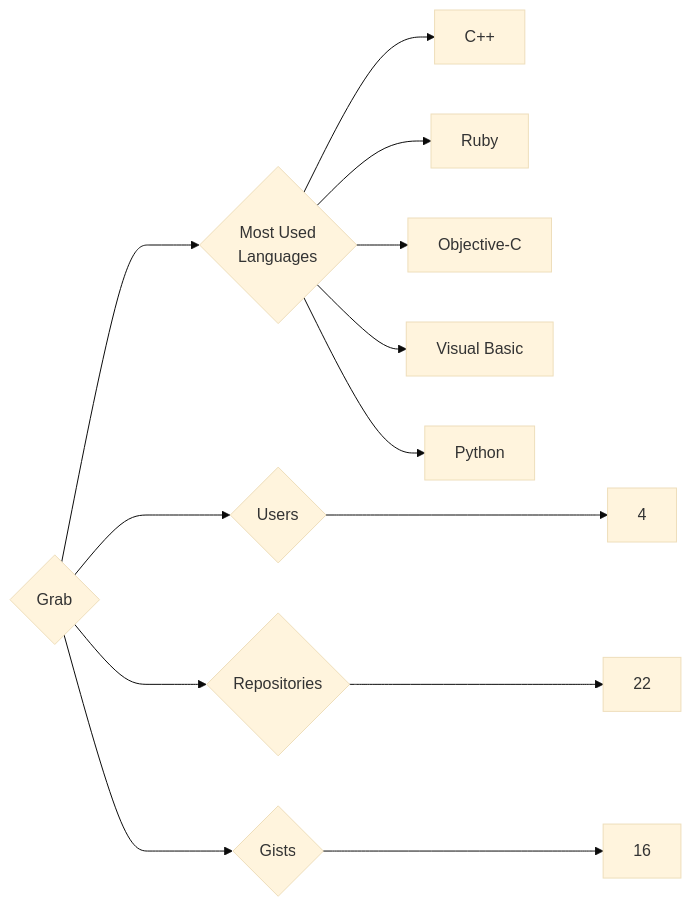
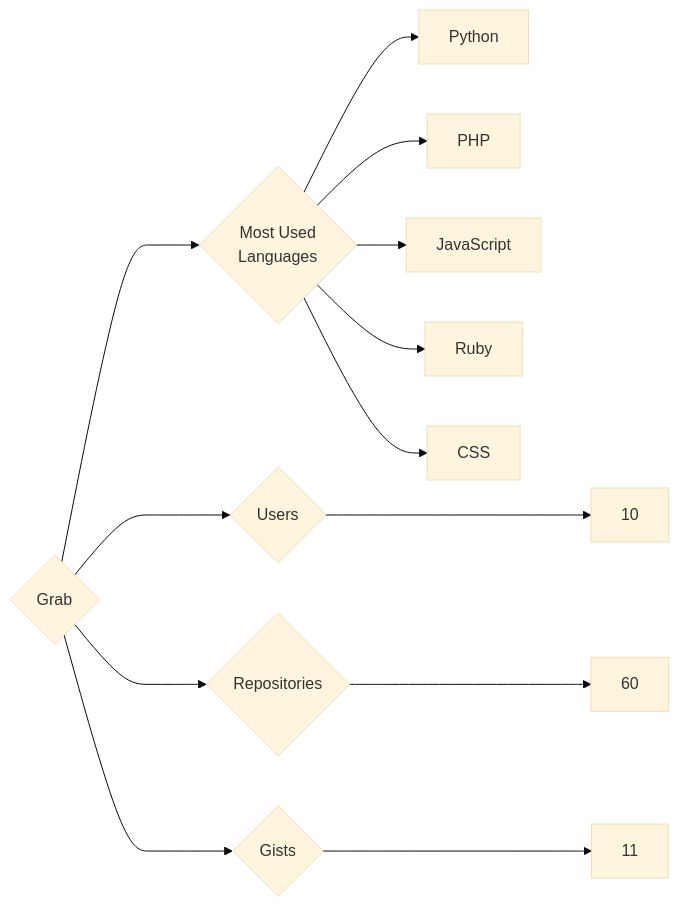
The diagram in targets/Grab/README.md (trickest/insiders), drawn with Mermaid (base theme) before and after one commit. The commit also changed 699 other files, not shown here.

````diff
--- a/targets/Grab/README.md
+++ b/targets/Grab/README.md
@@ -3,13 +3,13 @@
 ```mermaid
 graph LR
 COMPANY_NAME{Grab}
-COMPANY_NAME ---> U{Users} ---> UN[4]
-COMPANY_NAME ---> R{Repositories} ---> RN[22]
-COMPANY_NAME ---> G{Gists} ---> GN[16]
+COMPANY_NAME ---> U{Users} ---> UN[10]
+COMPANY_NAME ---> R{Repositories} ---> RN[60]
+COMPANY_NAME ---> G{Gists} ---> GN[11]
 COMPANY_NAME ---> ML{Most Used<br>Languages}
-ML --> C++[C++]
+ML --> Python[Python]
+ML --> PHP[PHP]
+ML --> JavaScript[JavaScript]
 ML --> Ruby[Ruby]
-ML --> Objective-C[Objective-C]
-ML --> Visual_Basic[Visual Basic]
-ML --> Python[Python]
+ML --> CSS[CSS]
 ```
````
